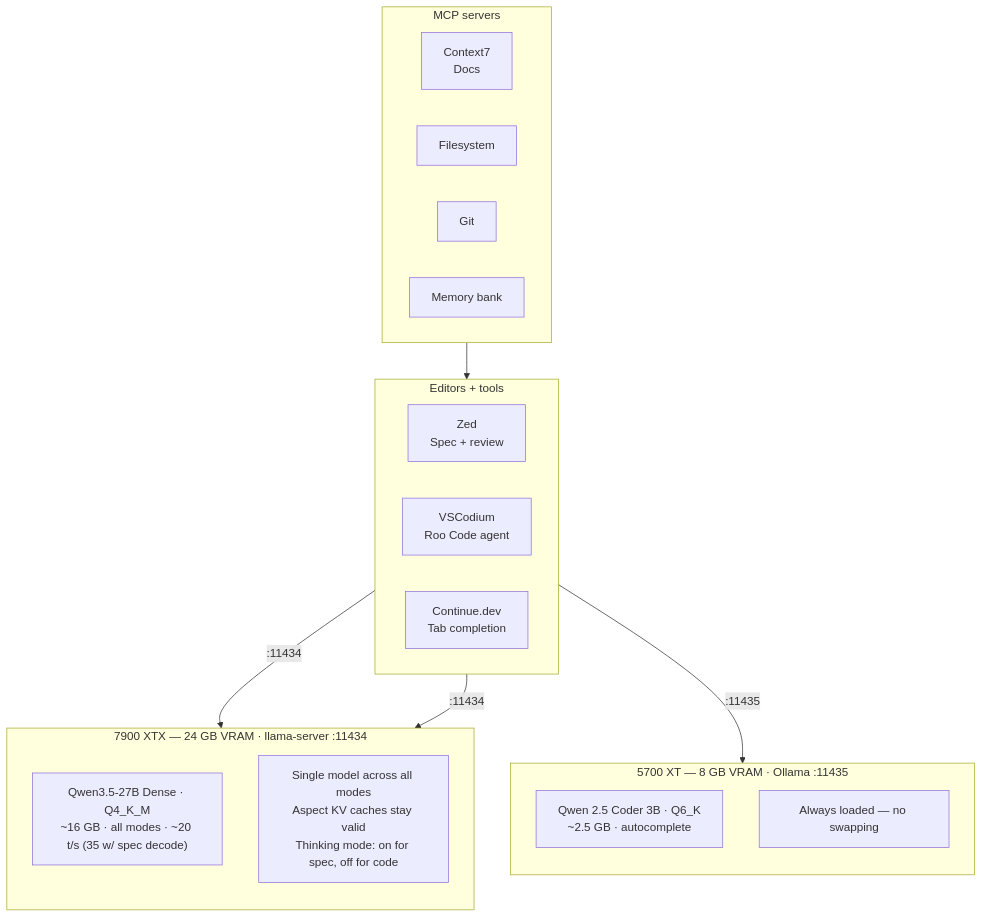
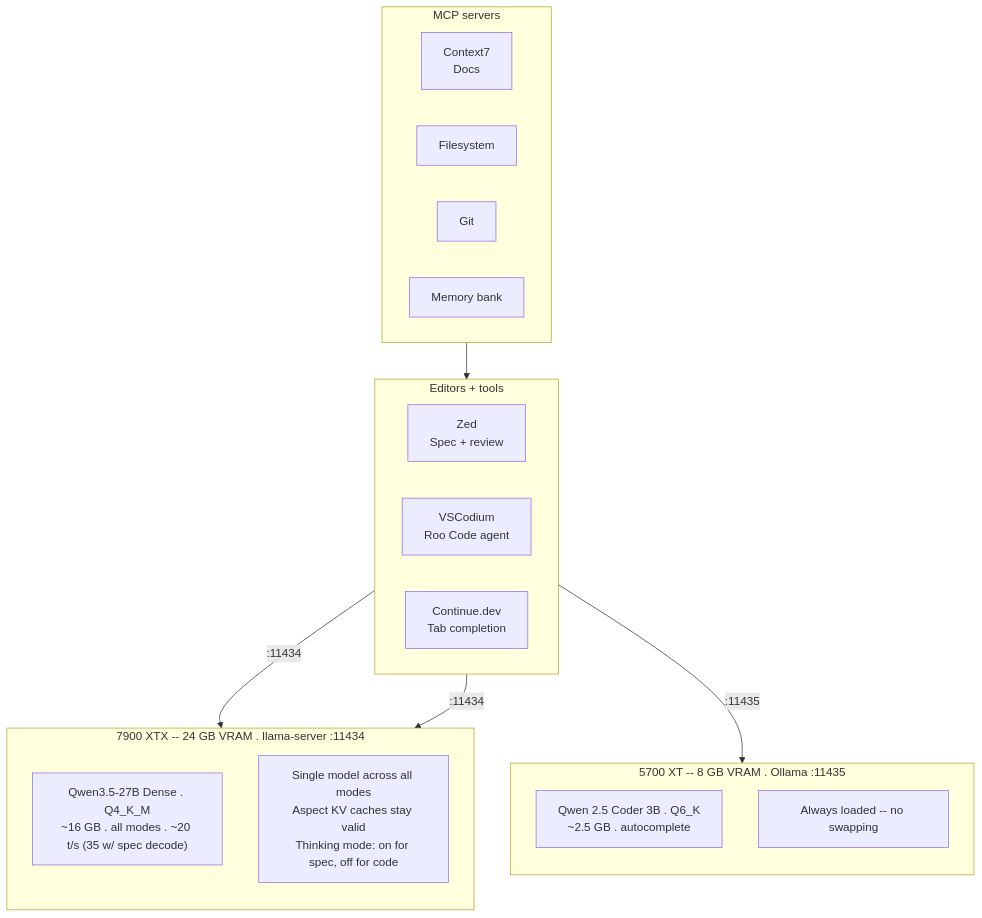
Before and after one commit to JoshWrites/2gpu-local-ai-workstation: the third of 7 diagrams in docs/reference-guide.md, drawn with Mermaid. The commit also changed other lines of this file and 73 other files, not shown here.

````diff
--- a/docs/reference-guide.md
+++ b/docs/reference-guide.md
@@ -241,34 +241,34 @@
 ```mermaid
 graph TB
-    subgraph PRIMARY["7900 XTX — 24 GB VRAM · llama-server :11434"]
+    subgraph PRIMARY["7900 XTX -- 24 GB VRAM . llama-server :11434"]
         direction TB
-        A1["Qwen3.5-27B Dense · Q4_K_M\n~16 GB · all modes · ~20 t/s (35 w/ spec decode)"]
+        A1["Qwen3.5-27B Dense . Q4_K_M\n~16 GB . all modes . ~20 t/s (35 w/ spec decode)"]
         SINGLE["Single model across all modes\nAspect KV caches stay valid\nThinking mode: on for spec, off for code"]
     end
 
-    subgraph SECONDARY["5700 XT — 8 GB VRAM · Ollama :11435"]
+    subgraph SECONDARY["5700 XT -- 8 GB VRAM . Ollama :11435"]
         direction TB
-        B1["Qwen 2.5 Coder 3B · Q6_K\n~2.5 GB · autocomplete"]
-        ALWAYS["Always loaded — no swapping"]
+        B1["Qwen 2.5 Coder 3B . Q6_K\n~2.5 GB . autocomplete"]
+        ALWAYS["Always loaded -- no swapping"]
     end
 
     subgraph EDITORS["Editors + tools"]
         direction LR
         ZED["Zed\nSpec + review"]
         VSCOD["VSCodium\nRoo Code agent"]
         CONT["Continue.dev\nTab completion"]
     end
 
     subgraph MCP["MCP servers"]
         direction LR
         CTX7["Context7\nDocs"]
         FS["Filesystem"]
         GIT["Git"]
         MEM["Memory bank"]
     end
 
     ZED -->|":11434"| PRIMARY
     VSCOD -->|":11434"| PRIMARY
     CONT -->|":11435"| SECONDARY
     MCP --> VSCOD
 ```
````
